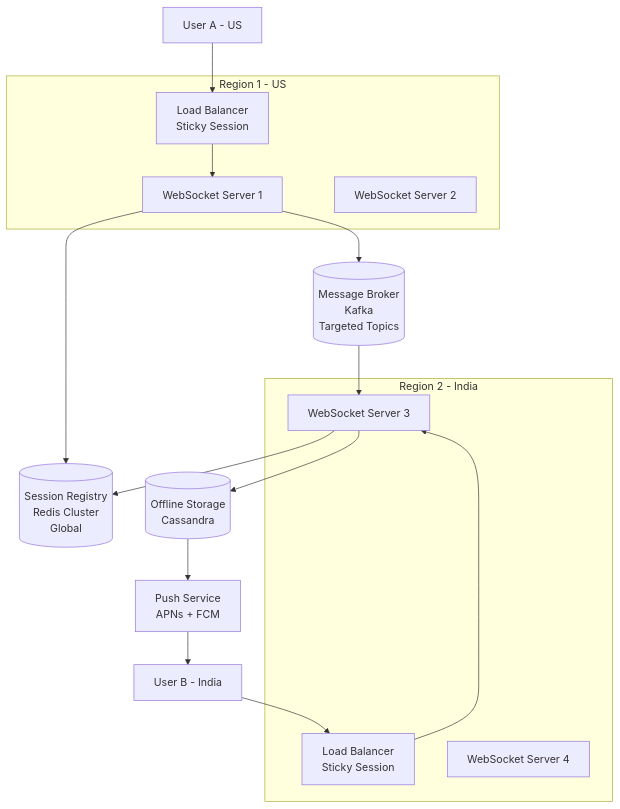
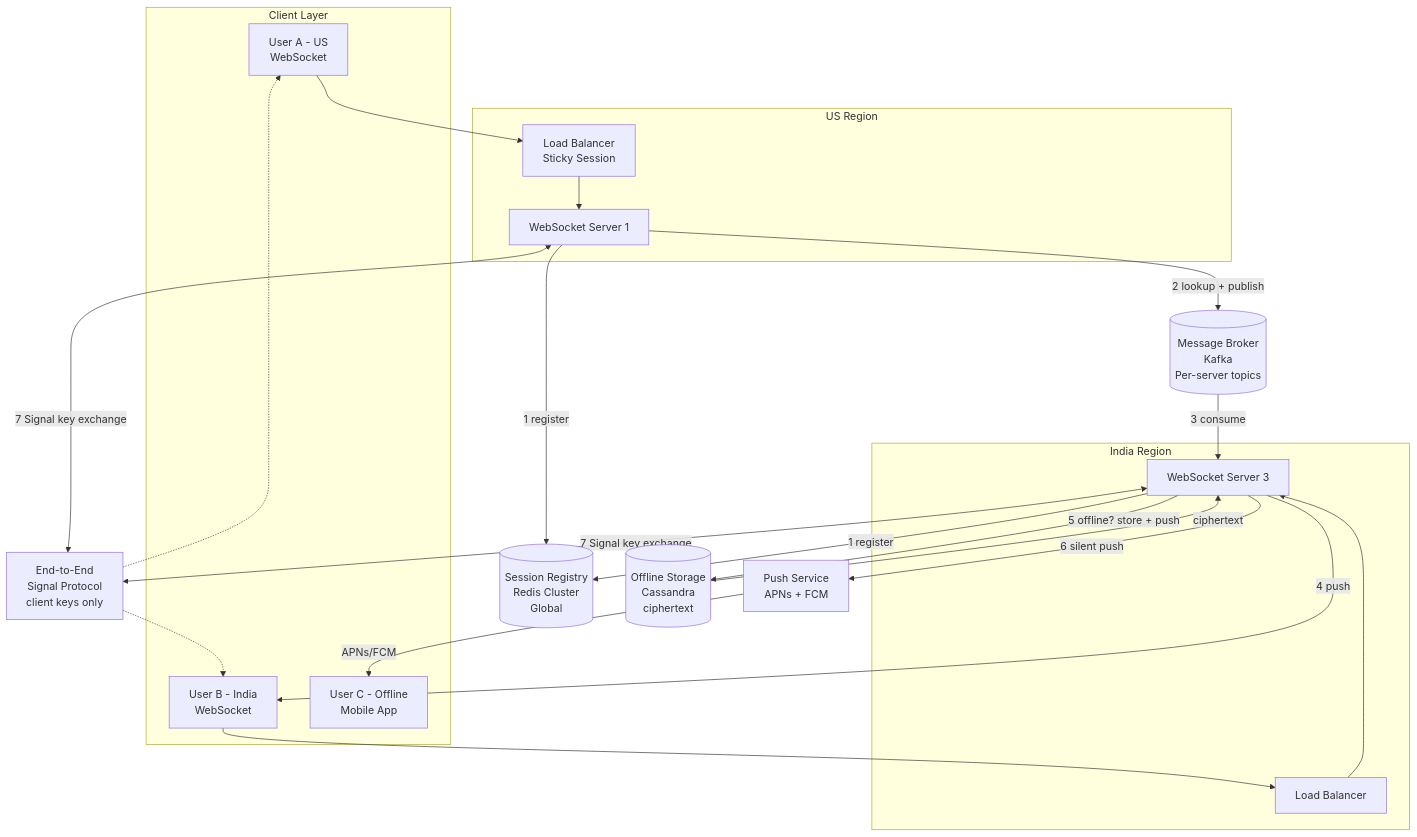
Before and after one commit to abhishekghoshh/system-design-helper: the first of 18 diagrams in docs/system-design/high-level/designing/advanced/whatspp.md, drawn with Mermaid. The commit also changed other lines of this file and 107 other files, not shown here.

````diff
--- a/docs/system-design/high-level/designing/advanced/whatspp.md
+++ b/docs/system-design/high-level/designing/advanced/whatspp.md
@@ -398,29 +77,37 @@
 ```mermaid
 graph TD
-  subgraph "Region 1 - US"
+  subgraph "Client Layer"
+    UA[User A - US<br/>WebSocket]
+    UB[User B - India<br/>WebSocket]
+    UC[User C - Offline<br/>Mobile App]
+  end
+  subgraph "US Region"
     LB1[Load Balancer<br/>Sticky Session]
     WS1[WebSocket Server 1]
-    WS2[WebSocket Server 2]
   end
-  subgraph "Region 2 - India"
-    LB2[Load Balancer<br/>Sticky Session]
+  subgraph "India Region"
+    LB2[Load Balancer]
     WS3[WebSocket Server 3]
-    WS4[WebSocket Server 4]
   end
   SR[(Session Registry<br/>Redis Cluster<br/>Global)]
-  MB[(Message Broker<br/>Kafka<br/>Targeted Topics)]
-  OFF[(Offline Storage<br/>Cassandra)]
+  MB[(Message Broker<br/>Kafka<br/>Per-server topics)]
+  OFF[(Offline Storage<br/>Cassandra<br/>ciphertext)]
   PUSH[Push Service<br/>APNs + FCM]
+  E2EE[End-to-End<br/>Signal Protocol<br/>client keys only]
 
-  U1[User A - US] --> LB1
-  LB1 --> WS1
-  U2[User B - India] --> LB2
-  LB2 --> WS3
-  WS1 --> SR
-  WS3 --> SR
-  WS1 --> MB
-  MB --> WS3
-  WS3 --> OFF
-  OFF --> PUSH
-  PUSH --> U2
+  UA --> LB1 --> WS1
+  UB --> LB2 --> WS3
+  WS1 -->|1 register| SR
+  WS3 -->|1 register| SR
+  WS1 -->|2 lookup + publish| MB
+  MB -->|3 consume| WS3
+  WS3 -->|4 push| UB
+  WS3 -->|5 offline? store + push| OFF
+  OFF -->|ciphertext| WS3
+  WS3 -->|6 silent push| PUSH
+  PUSH -->|APNs/FCM| UC
+  WS1 <-->|7 Signal key exchange| E2EE
+  WS3 <-->|7 Signal key exchange| E2EE
+  E2EE -.-> UA
+  E2EE -.-> UB
 ```
````
